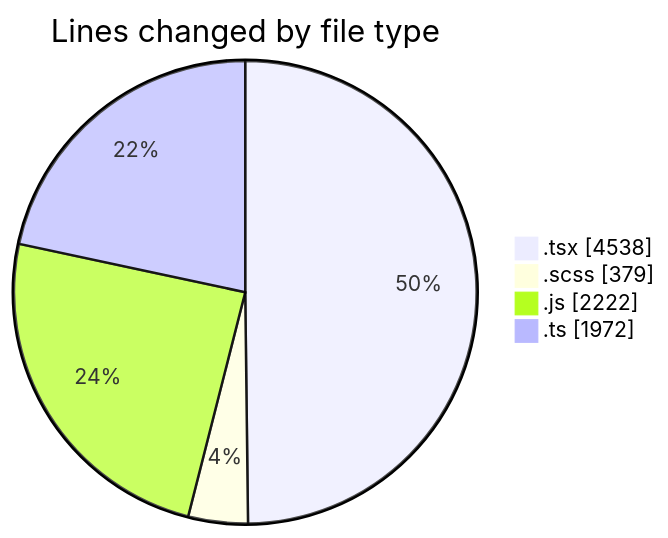
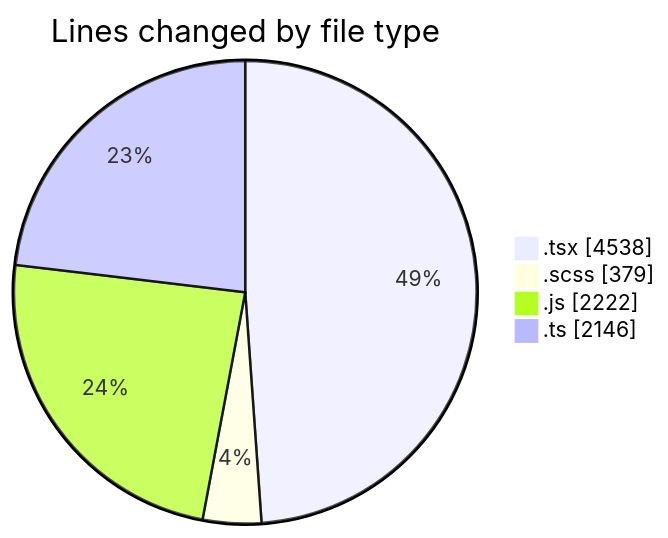
Before and after one commit to momahboobian/code-tracking: the first of 2 diagrams in 2026-06-17/cda/README.md, drawn with Mermaid. The commit also changed other lines of this file and 1 other file, not shown here.

````diff
--- a/2026-06-17/cda/README.md
+++ b/2026-06-17/cda/README.md
@@ -56,8 +57,8 @@
 ```mermaid
 pie showData
 title Lines changed by file type
 ".tsx" : 4538
 ".scss" : 379
 ".js" : 2222
-".ts" : 1972
+".ts" : 2146
 ```
````
